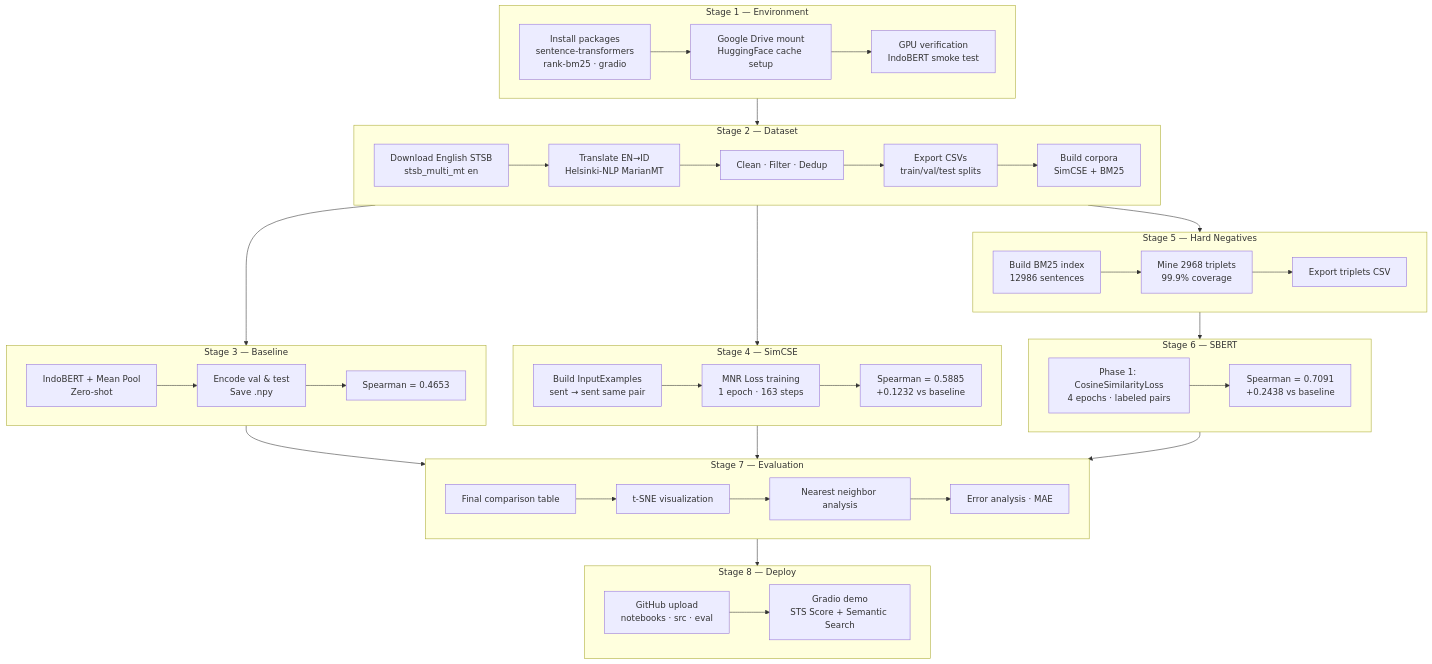
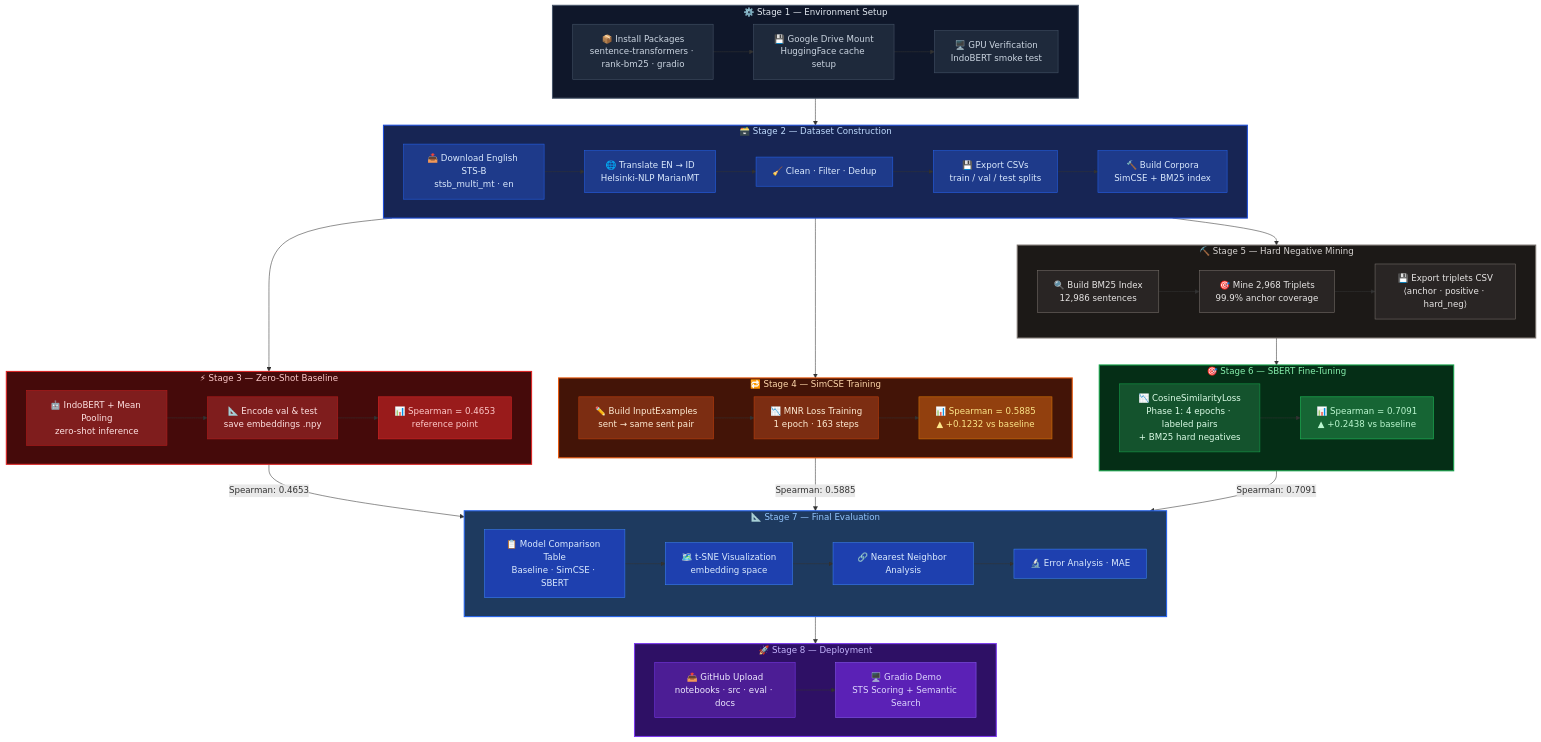
One commit to f4tahitsYours/indonesian-sts-embeddings changed the sixth of 6 diagrams in README.md. Above: the diagram before and after it, drawn with Mermaid. The commit also changed other lines of this file, not shown here.

````diff
--- a/README.md
+++ b/README.md
@@ -650,68 +712,110 @@
 ```mermaid
 flowchart TD
-    subgraph Stage1["Stage 1 — Environment"]
-        A1[Install packages\nsentence-transformers\nrank-bm25 · gradio]
-        A2[Google Drive mount\nHuggingFace cache setup]
-        A3[GPU verification\nIndoBERT smoke test]
+    subgraph Stage1["⚙️ Stage 1 — Environment Setup"]
+        A1["📦 Install Packages\nsentence-transformers · rank-bm25 · gradio"]
+        A2["💾 Google Drive Mount\nHuggingFace cache setup"]
+        A3["🖥️ GPU Verification\nIndoBERT smoke test"]
         A1 --> A2 --> A3
     end
 
-    subgraph Stage2["Stage 2 — Dataset"]
-        B1[Download English STSB\nstsb_multi_mt en]
-        B2[Translate EN→ID\nHelsinki-NLP MarianMT]
-        B3[Clean · Filter · Dedup]
-        B4[Export CSVs\ntrain/val/test splits]
-        B5[Build corpora\nSimCSE + BM25]
+    subgraph Stage2["🗃️ Stage 2 — Dataset Construction"]
+        B1["📥 Download English STS-B\nstsb_multi_mt · en"]
+        B2["🌐 Translate EN → ID\nHelsinki-NLP MarianMT"]
+        B3["🧹 Clean · Filter · Dedup"]
+        B4["💾 Export CSVs\ntrain / val / test splits"]
+        B5["🔨 Build Corpora\nSimCSE + BM25 index"]
         B1 --> B2 --> B3 --> B4 --> B5
     end
 
-    subgraph Stage3["Stage 3 — Baseline"]
-        C1[IndoBERT + Mean Pool\nZero-shot]
-        C2[Encode val & test\nSave .npy]
-        C3[Spearman = 0.4653]
+    subgraph Stage3["⚡ Stage 3 — Zero-Shot Baseline"]
+        C1["🤖 IndoBERT + Mean Pooling\nzero-shot inference"]
+        C2["📐 Encode val & test\nsave embeddings .npy"]
+        C3["📊 Spearman = 0.4653\nreference point"]
         C1 --> C2 --> C3
     end
 
-    subgraph Stage4["Stage 4 — SimCSE"]
-        D1[Build InputExamples\nsent → sent same pair]
-        D2[MNR Loss training\n1 epoch · 163 steps]
-        D3[Spearman = 0.5885\n+0.1232 vs baseline]
+    subgraph Stage4["🔁 Stage 4 — SimCSE Training"]
+        D1["✏️ Build InputExamples\nsent → same sent pair"]
+        D2["📉 MNR Loss Training\n1 epoch · 163 steps"]
+        D3["📊 Spearman = 0.5885\n▲ +0.1232 vs baseline"]
         D1 --> D2 --> D3
     end
 
-    subgraph Stage5["Stage 5 — Hard Negatives"]
-        E1[Build BM25 index\n12986 sentences]
-        E2[Mine 2968 triplets\n99.9% coverage]
-        E3[Export triplets CSV]
+    subgraph Stage5["⛏️ Stage 5 — Hard Negative Mining"]
+        E1["🔍 Build BM25 Index\n12,986 sentences"]
+        E2["🎯 Mine 2,968 Triplets\n99.9% anchor coverage"]
+        E3["💾 Export triplets CSV\n⟨anchor · positive · hard_neg⟩"]
         E1 --> E2 --> E3
     end
 
-    subgraph Stage6["Stage 6 — SBERT"]
-        F1[Phase 1: CosineSimilarityLoss\n4 epochs · labeled pairs]
-        F2[Spearman = 0.7091\n+0.2438 vs baseline]
+    subgraph Stage6["🎯 Stage 6 — SBERT Fine-Tuning"]
+        F1["📉 CosineSimilarityLoss\nPhase 1: 4 epochs · labeled pairs\n+ BM25 hard negatives"]
+        F2["📊 Spearman = 0.7091\n▲ +0.2438 vs baseline"]
         F1 --> F2
     end
 
-    subgraph Stage7["Stage 7 — Evaluation"]
-        G1[Final comparison table]
-        G2[t-SNE visualization]
-        G3[Nearest neighbor analysis]
-        G4[Error analysis · MAE]
+    subgraph Stage7["📐 Stage 7 — Final Evaluation"]
+        G1["📋 Model Comparison Table\nBaseline · SimCSE · SBERT"]
+        G2["🗺️ t-SNE Visualization\nembedding space"]
+        G3["🔗 Nearest Neighbor Analysis"]
+        G4["🔬 Error Analysis · MAE"]
         G1 --> G2 --> G3 --> G4
     end
 
-    subgraph Stage8["Stage 8 — Deploy"]
-        H1[GitHub upload\nnotebooks · src · eval]
-        H2[Gradio demo\nSTS Score + Semantic Search]
+    subgraph Stage8["🚀 Stage 8 — Deployment"]
+        H1["📤 GitHub Upload\nnotebooks · src · eval · docs"]
+        H2["🖥️ Gradio Demo\nSTS Scoring + Semantic Search"]
         H1 --> H2
     end
 
-    Stage1 --> Stage2 --> Stage3
-    Stage2 --> Stage4
-    Stage2 --> Stage5
+    Stage1 --> Stage2
+    Stage2 --> Stage3 & Stage4 & Stage5
     Stage5 --> Stage6
-    Stage3 --> Stage7
-    Stage4 --> Stage7
-    Stage6 --> Stage7
+
+    Stage3 -->|"Spearman: 0.4653"| Stage7
+    Stage4 -->|"Spearman: 0.5885"| Stage7
+    Stage6 -->|"Spearman: 0.7091"| Stage7
     Stage7 --> Stage8
+
+    style Stage1 fill:#0f172a,color:#e2e8f0,stroke:#475569,stroke-width:2px
+    style Stage2 fill:#172554,color:#bfdbfe,stroke:#1d4ed8,stroke-width:2px
+    style Stage3 fill:#450a0a,color:#fecaca,stroke:#dc2626,stroke-width:2px
+    style Stage4 fill:#431407,color:#fed7aa,stroke:#ea580c,stroke-width:2px
+    style Stage5 fill:#1c1917,color:#d6d3d1,stroke:#78716c,stroke-width:2px
+    style Stage6 fill:#052e16,color:#86efac,stroke:#16a34a,stroke-width:2px
+    style Stage7 fill:#1e3a5f,color:#93c5fd,stroke:#2563eb,stroke-width:2px
+    style Stage8 fill:#2e1065,color:#c4b5fd,stroke:#7c3aed,stroke-width:2px
+
+    style A1 fill:#1e293b,color:#cbd5e1,stroke:#475569
+    style A2 fill:#1e293b,color:#cbd5e1,stroke:#475569
+    style A3 fill:#1e293b,color:#cbd5e1,stroke:#475569
+
+    style B1 fill:#1e3a8a,color:#dbeafe,stroke:#2563eb
+    style B2 fill:#1e3a8a,color:#dbeafe,stroke:#2563eb
+    style B3 fill:#1e3a8a,color:#dbeafe,stroke:#2563eb
+    style B4 fill:#1e3a8a,color:#dbeafe,stroke:#2563eb
+    style B5 fill:#1e3a8a,color:#dbeafe,stroke:#2563eb
+
+    style C1 fill:#7f1d1d,color:#fee2e2,stroke:#b91c1c
+    style C2 fill:#7f1d1d,color:#fee2e2,stroke:#b91c1c
+    style C3 fill:#991b1b,color:#fecaca,stroke:#dc2626
+
+    style D1 fill:#7c2d12,color:#ffedd5,stroke:#c2410c
+    style D2 fill:#7c2d12,color:#ffedd5,stroke:#c2410c
+    style D3 fill:#92400e,color:#fde68a,stroke:#d97706
+
+    style E1 fill:#292524,color:#e7e5e4,stroke:#78716c
+    style E2 fill:#292524,color:#e7e5e4,stroke:#78716c
+    style E3 fill:#292524,color:#e7e5e4,stroke:#78716c
+
+    style F1 fill:#14532d,color:#dcfce7,stroke:#16a34a
+    style F2 fill:#166534,color:#bbf7d0,stroke:#22c55e
+
+    style G1 fill:#1e40af,color:#dbeafe,stroke:#3b82f6
+    style G2 fill:#1e40af,color:#dbeafe,stroke:#3b82f6
+    style G3 fill:#1e40af,color:#dbeafe,stroke:#3b82f6
+    style G4 fill:#1e40af,color:#dbeafe,stroke:#3b82f6
+
+    style H1 fill:#4c1d95,color:#ede9fe,stroke:#7c3aed
+    style H2 fill:#5b21b6,color:#ddd6fe,stroke:#8b5cf6
 ```
````
